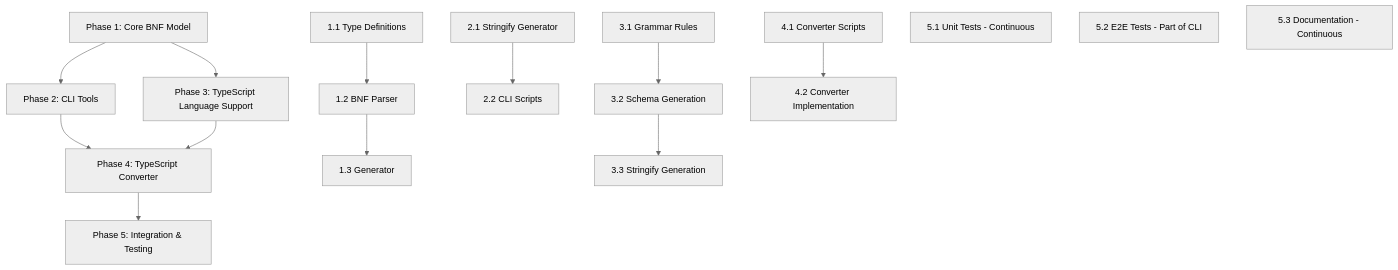
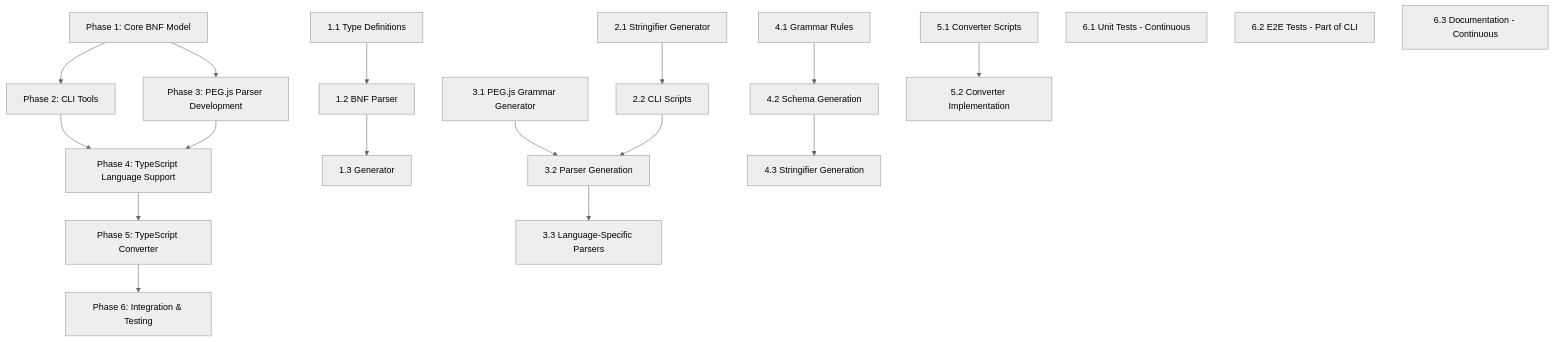
Before and after one commit to wewei/arbores: the diagram in docs/bnf-model-implementation-plan.md, drawn with Mermaid (neutral theme). The commit also changed other lines of this file and 6 other files, not shown here.

First line of the commit message:
refactor: rename stringify to stringifier for consistency with parser

````diff
--- a/docs/bnf-model-implementation-plan.md
+++ b/docs/bnf-model-implementation-plan.md
@@ -175,22 +238,27 @@
 ```mermaid
 graph TD
     A[Phase 1: Core BNF Model] --> B[Phase 2: CLI Tools]
-    A --> C[Phase 3: TypeScript Language Support]
-    B --> D[Phase 4: TypeScript Converter]
+    A --> C[Phase 3: PEG.js Parser Development]
+    B --> D[Phase 4: TypeScript Language Support]
     C --> D
-    D --> E[Phase 5: Integration & Testing]
+    D --> E[Phase 5: TypeScript Converter]
+    E --> F[Phase 6: Integration & Testing]
     
     A1[1.1 Type Definitions] --> A2[1.2 BNF Parser]
     A2 --> A3[1.3 Generator]
     
-    B1[2.1 Stringify Generator] --> B2[2.2 CLI Scripts]
+    B1[2.1 Stringifier Generator] --> B2[2.2 CLI Scripts]
     
-    C1[3.1 Grammar Rules] --> C2[3.2 Schema Generation]
-    C2 --> C3[3.3 Stringify Generation]
+    C1[3.1 PEG.js Grammar Generator] --> C2[3.2 Parser Generation]
+    C2 --> C3[3.3 Language-Specific Parsers]
+    B2 --> C2
     
-    D1[4.1 Converter Scripts] --> D2[4.2 Converter Implementation]
+    D1[4.1 Grammar Rules] --> D2[4.2 Schema Generation]
+    D2 --> D3[4.3 Stringifier Generation]
     
-    E1[5.1 Unit Tests - Continuous]
-    E2[5.2 E2E Tests - Part of CLI]
-    E3[5.3 Documentation - Continuous]
+    E1[5.1 Converter Scripts] --> E2[5.2 Converter Implementation]
+    
+    F1[6.1 Unit Tests - Continuous]
+    F2[6.2 E2E Tests - Part of CLI]
+    F3[6.3 Documentation - Continuous]
 ```
````
